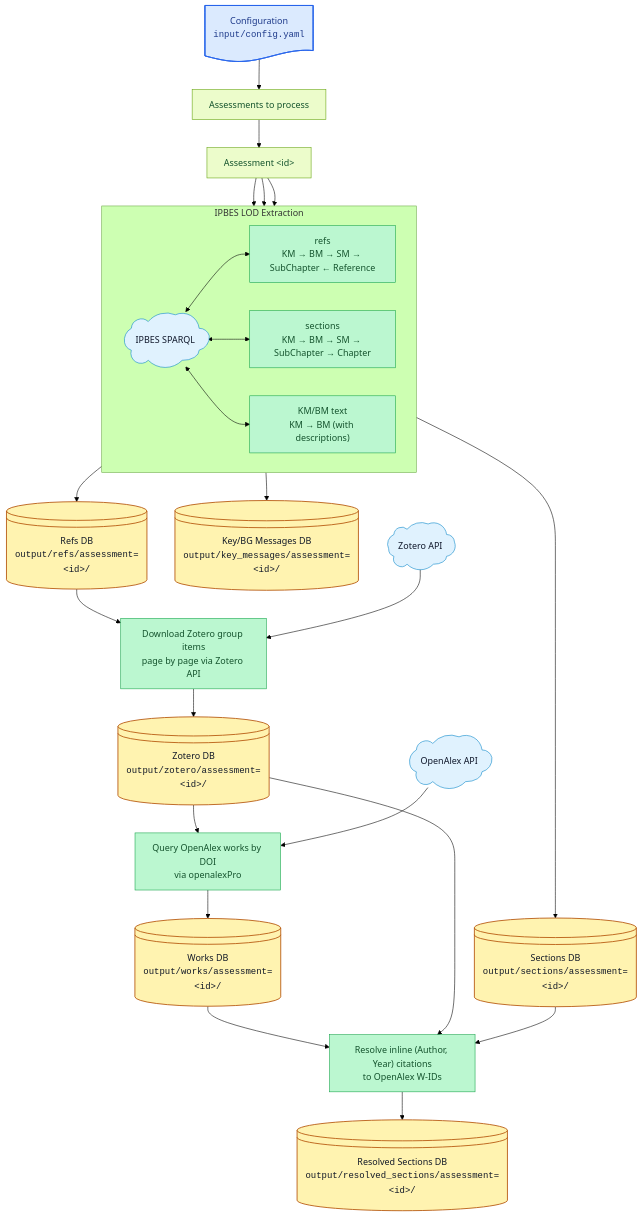
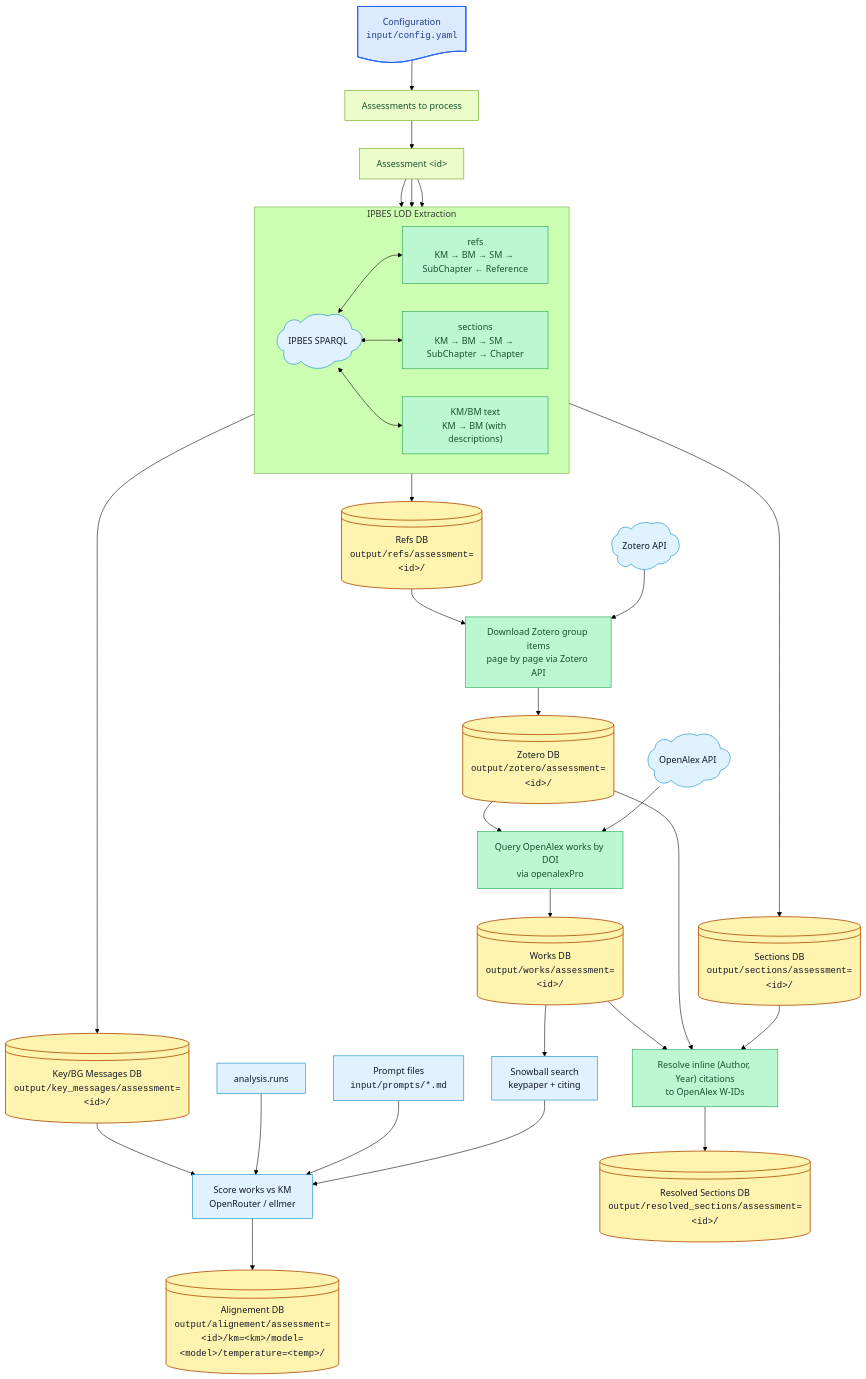
Before and after one commit to IPBES-Data/IPBES_BM_Fact_Checker: the diagram in input/mmd/workflow.mmd, drawn with Mermaid (forest theme). The commit also changed 20 other files, not shown here.

First line of the commit message:
Add fulltext download, alignement scoring, and update all docs

```diff
--- a/input/mmd/workflow.mmd
+++ b/input/mmd/workflow.mmd
@@ -1,54 +1,66 @@
 flowchart TD
 
   %% Configuration
   config_file@{ shape: doc, label: "Configuration <br><tt>input/config.yaml</tt>" }
   config_file --> assessment_list["Assessments to process"]
   assessment_list --> assessment_id["Assessment &lt;id&gt;"]
 
   %% LOD Extraction — grouped so the three parallel queries stay in one horizontal band
   subgraph lod["IPBES LOD Extraction"]
     direction LR
     sparql@{ shape: cloud, label: "IPBES SPARQL" }
     build_refs["refs<br/>KM → BM → SM → SubChapter ← Reference"]
     build_sections["sections<br/>KM → BM → SM → SubChapter → Chapter"]
     build_key_messages["KM/BM text<br/>KM → BM (with descriptions)"]
     sparql <--> build_refs
     sparql <--> build_sections
     sparql <--> build_key_messages
   end
 
   assessment_id --> build_refs
   assessment_id --> build_sections
   assessment_id --> build_key_messages
 
   build_refs        --> refs_db@{         shape: lin-cyl, label: "Refs DB<br/><tt>output/refs/assessment=&lt;id&gt;/</tt>" }
   build_sections    --> sections_db@{     shape: lin-cyl, label: "Sections DB<br/><tt>output/sections/assessment=&lt;id&gt;/</tt>" }
   build_key_messages --> key_messages_db@{ shape: lin-cyl, label: "Key/BG Messages DB<br/><tt>output/key_messages/assessment=&lt;id&gt;/</tt>" }
 
   %% Download spine
   refs_db --> download_zotero["Download Zotero group items<br/>page by page via Zotero API"]
   zotero_api@{ shape: cloud, label: "Zotero API" } --> download_zotero
   download_zotero --> zotero_db@{ shape: lin-cyl, label: "Zotero DB<br/><tt>output/zotero/assessment=&lt;id&gt;/</tt>" }
 
   zotero_db --> download_works["Query OpenAlex works by DOI<br/>via openalexPro"]
   openalex@{ shape: cloud, label: "OpenAlex API" } --> download_works
   download_works --> works_db@{ shape: lin-cyl, label: "Works DB<br/><tt>output/works/assessment=&lt;id&gt;/</tt>" }
 
+  %% AI alignment scoring
+  analysis_runs["analysis.runs"]
+  prompts["Prompt files<br/><tt>input/prompts/*.md</tt>"]
+  snowball["Snowball search<br/>keypaper + citing"]
+  alignement["Score works vs KM<br/>OpenRouter / ellmer"]
+  works_db --> snowball
+  key_messages_db --> alignement
+  analysis_runs --> alignement
+  prompts --> alignement
+  snowball --> alignement
+  alignement --> alignement_db@{ shape: lin-cyl, label: "Alignement DB<br/><tt>output/alignement/assessment=&lt;id&gt;/km=&lt;km&gt;/model=&lt;model&gt;/temperature=&lt;temp&gt;/</tt>" }
+
   %% Resolution
   works_db    --> resolve_citations["Resolve inline (Author, Year) citations<br/>to OpenAlex W-IDs"]
   zotero_db   --> resolve_citations
   sections_db --> resolve_citations
   resolve_citations --> resolved_sections_db@{ shape: lin-cyl, label: "Resolved Sections DB<br/><tt>output/resolved_sections/assessment=&lt;id&gt;/</tt>" }
 
   %% Styles
   classDef input_file  fill:#dbeafe,stroke:#2563eb,color:#1e3a8a,stroke-width:1.5px;
   classDef config      fill:#ecfccb,stroke:#65a30d,color:#14532d,stroke-width:1px;
   classDef database    fill:#fff3b0,stroke:#b45309,color:#111827,stroke-width:1.5px;
   classDef processing  fill:#bbf7d0,stroke:#16a34a,color:#14532d,stroke-width:1px;
   classDef helper      fill:#e0f2fe,stroke:#0284c7,color:#0f172a,stroke-width:1px;
 
   class config_file input_file;
   class assessment_list,assessment_id config;
-  class refs_db,sections_db,key_messages_db,zotero_db,works_db,resolved_sections_db database;
+  class refs_db,sections_db,key_messages_db,zotero_db,works_db,resolved_sections_db,alignement_db database;
   class build_refs,build_sections,build_key_messages,download_zotero,download_works,resolve_citations processing;
-  class sparql,zotero_api,openalex helper;
+  class sparql,zotero_api,openalex,analysis_runs,prompts,snowball,alignement helper;
```
